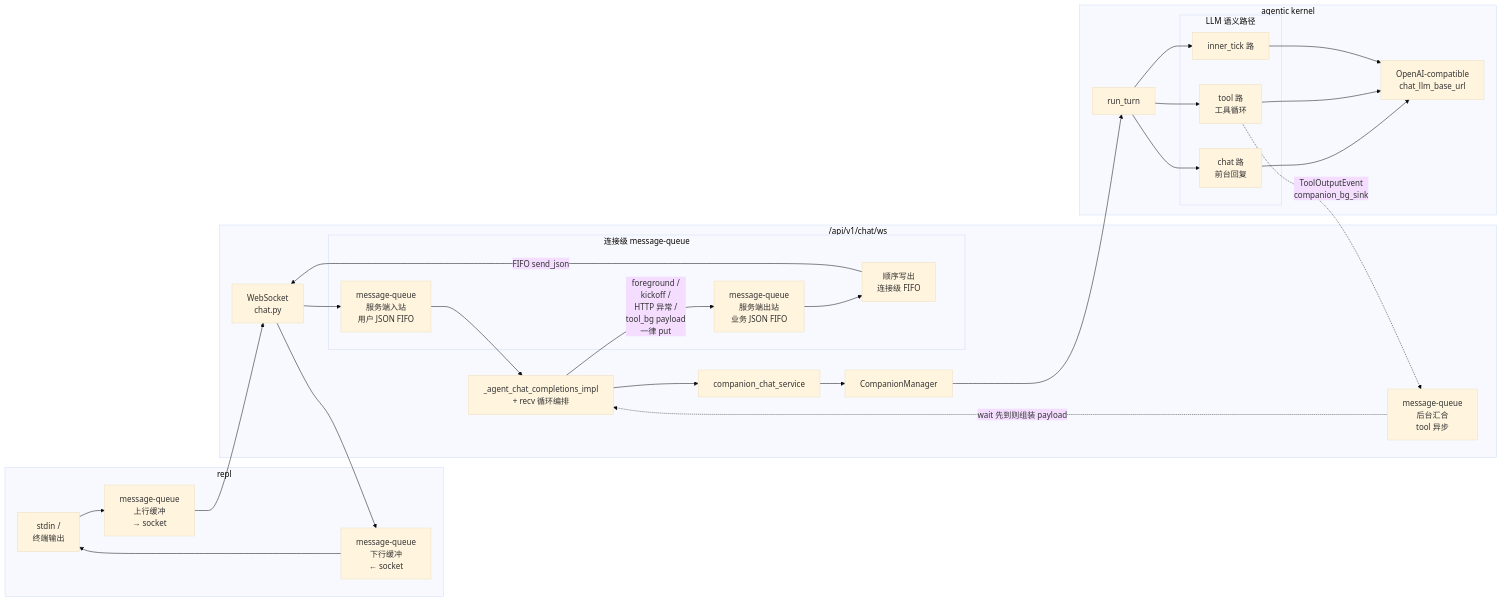
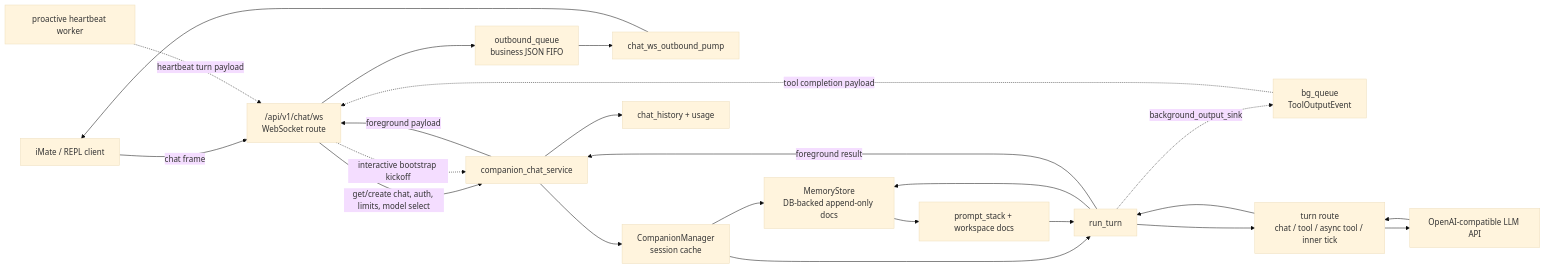
Before and after one commit to NascentCore/inty: the diagram in docs/imate/ARCH.md, drawn with Mermaid (base theme). The commit also changed other lines of this file, not shown here.

First line of the commit message:
Update iMate architecture documentation

````diff
--- a/docs/imate/ARCH.md
+++ b/docs/imate/ARCH.md
@@ -103,44 +33,39 @@
 ```mermaid
 flowchart LR
-  subgraph repl["repl"]
-    RUI["stdin /\n终端输出"]
-    ROUT["message-queue\n上行缓冲\n→ socket"]
-    RIN["message-queue\n下行缓冲\n← socket"]
-  end
+  Client["iMate / REPL client"]
+  WS["/api/v1/chat/ws\nWebSocket route"]
+  OQ["outbound_queue\nbusiness JSON FIFO"]
+  Pump["chat_ws_outbound_pump"]
+  BGQ["bg_queue\nToolOutputEvent"]
+  HB["proactive heartbeat worker"]
+  Service["companion_chat_service"]
+  Manager["CompanionManager\nsession cache"]
+  Store["MemoryStore\nDB-backed append-only docs"]
+  Turn["run_turn"]
+  Prompt["prompt_stack + workspace docs"]
+  Routes["turn route\nchat / tool / async tool / inner tick"]
+  LLM["OpenAI-compatible LLM API"]
+  History["chat_history + usage"]
 
-  subgraph ChatWs["/api/v1/chat/ws"]
-    WS["WebSocket\nchat.py"]
-    subgraph MsgIo["连接级 message-queue"]
-      WIN["message-queue\n服务端入站\n用户 JSON FIFO"]
-      OQ["message-queue\n服务端出站\n业务 JSON FIFO"]
-      PUMP["顺序写出\n连接级 FIFO"]
-    end
-    WSH["_agent_chat_completions_impl\n+ recv 循环编排"]
-    BGQ["message-queue\n后台汇合\ntool 异步"]
-    CCS["companion_chat_service"]
-    CM["CompanionManager"]
-  end
+  Client -->|"chat frame"| WS
+  WS -->|"get/create chat, auth, limits, model select"| Service
+  Service --> Manager
+  Manager --> Store
+  Manager --> Turn
+  Store --> Prompt
+  Prompt --> Turn
+  Turn --> Routes
+  Routes --> LLM
+  LLM --> Routes
+  Routes --> Turn
+  Turn --> Store
+  Turn -->|"foreground result"| Service
+  Service --> History
+  Service -->|"foreground payload"| WS
+  WS --> OQ --> Pump --> Client
 
-  subgraph Kernel["agentic kernel"]
-    RT["run_turn"]
-    subgraph LLMPaths["LLM 语义路径"]
-      CH["chat 路\n前台回复"]
-      TL["tool 路\n工具循环"]
-      IT["inner_tick 路"]
-    end
-    GW["OpenAI-compatible\nchat_llm_base_url"]
-  end
-
-  RUI --> ROUT --> WS --> WIN --> WSH
-  WSH --> CCS --> CM --> RT
-  RT --> CH
-  RT --> TL
-  RT --> IT
-  CH --> GW
-  TL --> GW
-  IT --> GW
-  TL -.->|ToolOutputEvent\ncompanion_bg_sink| BGQ
-  BGQ -.->|wait 先到则组装 payload| WSH
-  WSH -->|foreground /\nkickoff /\nHTTP 异常 /\ntool_bg payload\n一律 put| OQ
-  OQ --> PUMP -->|FIFO send_json| WS --> RIN --> RUI
+  Turn -.->|"background_output_sink"| BGQ
+  BGQ -.->|"tool completion payload"| WS
+  HB -.->|"heartbeat turn payload"| WS
+  WS -.->|"interactive bootstrap kickoff"| Service
 ```
````
